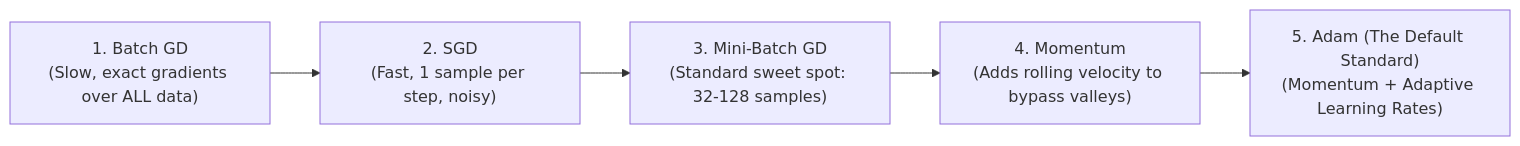
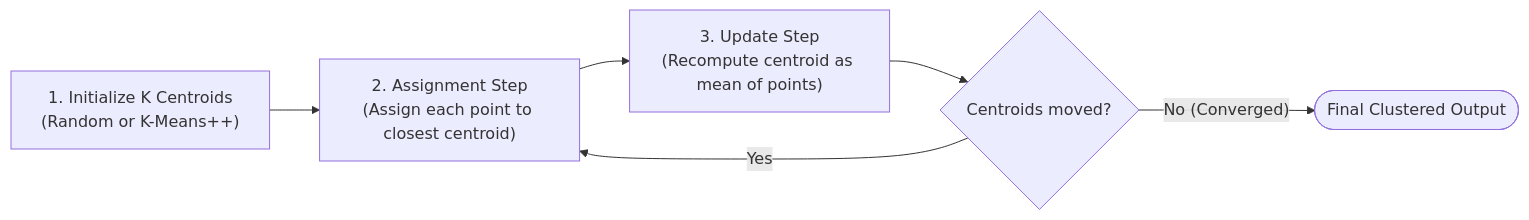
The fifth of 5 diagrams in ML_CORE_CONCEPTS.md (rahulkumarjha26/genai-study-materials), drawn with Mermaid before and after one commit. The commit also changed other lines of this file, not shown here.

````diff
--- a/ML_CORE_CONCEPTS.md
+++ b/ML_CORE_CONCEPTS.md
@@ -353,7 +496,8 @@
 ```mermaid
 flowchart LR
-    BatchGD["1. Batch GD<br/>(Slow, exact gradients over ALL data)"] --> SGD["2. SGD<br/>(Fast, 1 sample per step, noisy)"]
-    SGD --> MiniBatch["3. Mini-Batch GD<br/>(Standard sweet spot: 32-128 samples)"]
-    MiniBatch --> Momentum["4. Momentum<br/>(Adds rolling velocity to bypass valleys)"]
-    Momentum --> Adam["5. Adam (The Default Standard)<br/>(Momentum + Adaptive Learning Rates)"]
+    Init["1. Initialize K Centroids<br/>(Random or K-Means++)"] --> Assign["2. Assignment Step<br/>(Assign each point to closest centroid)"]
+    Assign --> Update["3. Update Step<br/>(Recompute centroid as mean of points)"]
+    Update --> Check{"Centroids moved?"}
+    Check -- "Yes" --> Assign
+    Check -- "No (Converged)" --> Done(["Final Clustered Output"])
 ```
````
